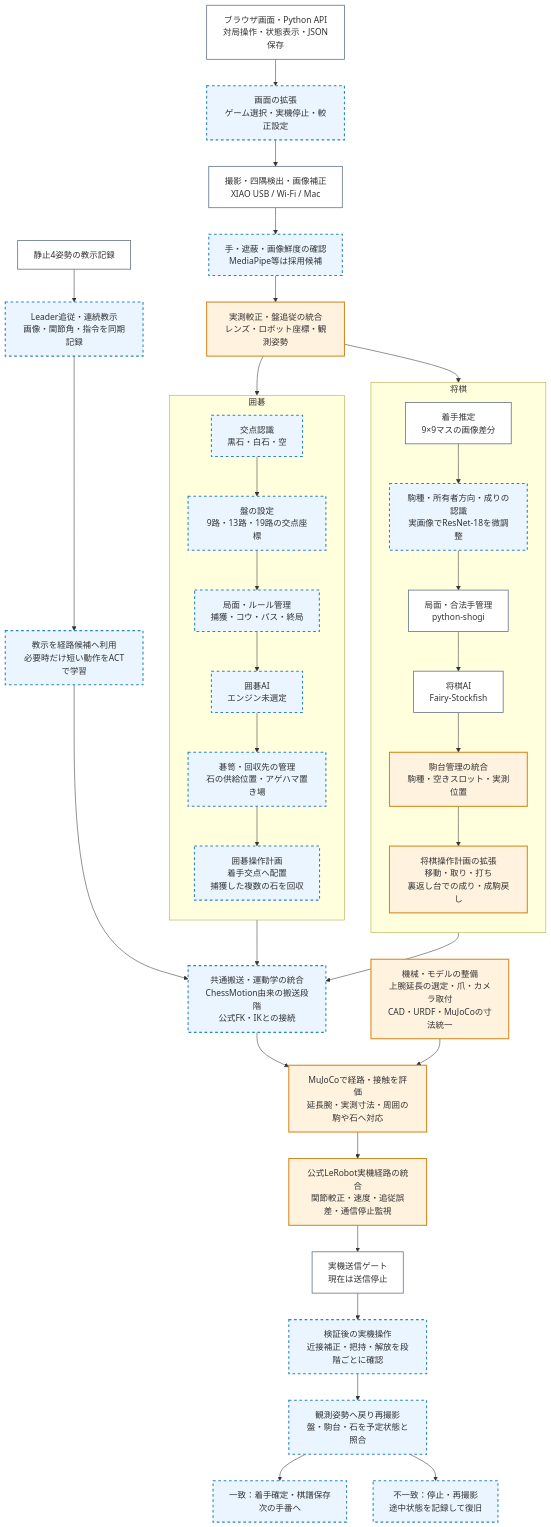
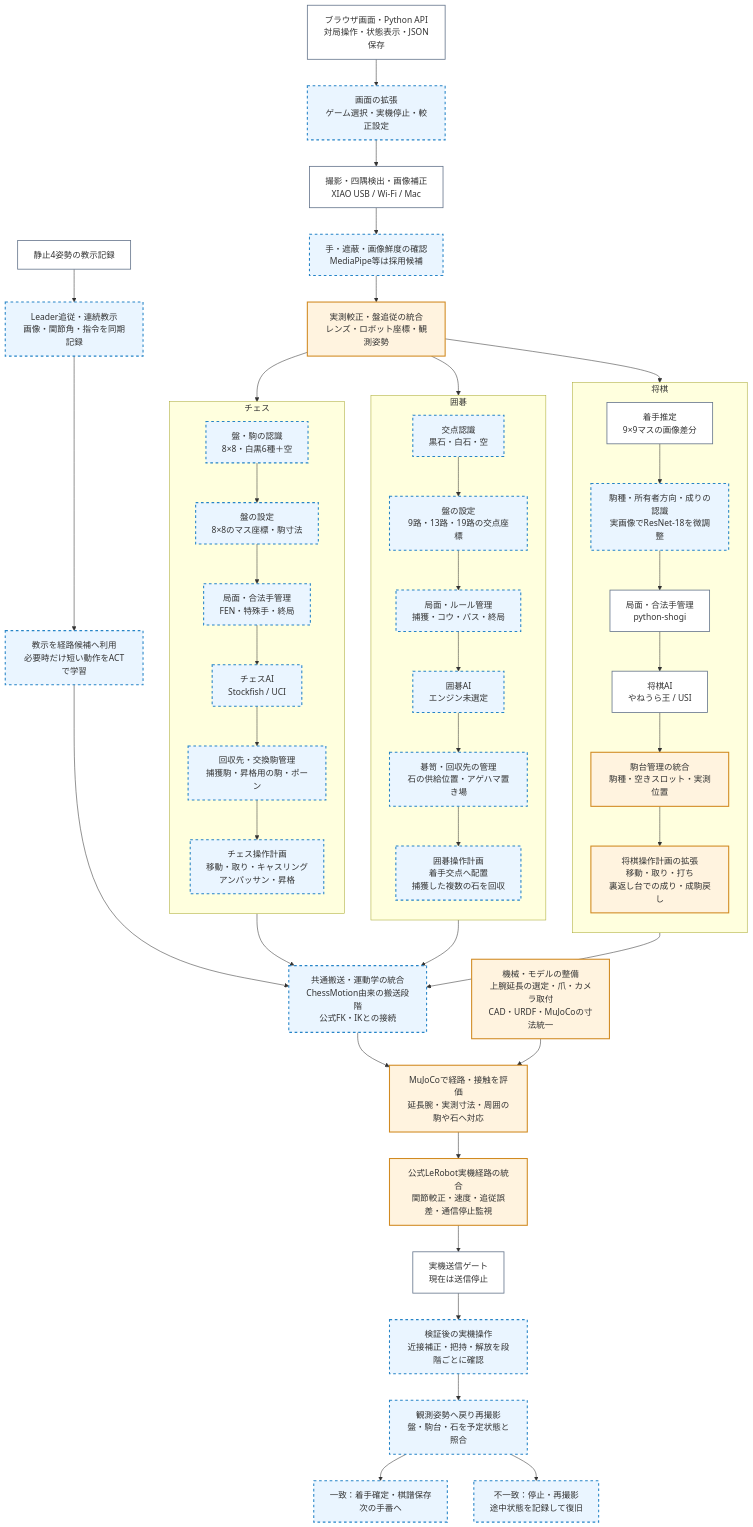
Before and after one commit to ichirooo6755/so101_syogi: the second of 2 diagrams in shogi/docs/shogi-implementation-plan.md, drawn with Mermaid. The commit also changed other lines of this file and 18 other files, not shown here.

```diff
--- a/shogi/docs/shogi-implementation-plan.md
+++ b/shogi/docs/shogi-implementation-plan.md
@@ -236,7 +237,7 @@
         shogi_vision["着手推定<br/>9×9マスの画像差分"]
         shogi_classifier["駒種・所有者方向・成りの認識<br/>実画像でResNet-18を微調整"]
         shogi_rules["局面・合法手管理<br/>python-shogi"]
-        shogi_ai["将棋AI<br/>Fairy-Stockfish"]
+        shogi_ai["将棋AI<br/>やねうら王 / USI"]
         shogi_stand["駒台管理の統合<br/>駒種・空きスロット・実測位置"]
         shogi_plan["将棋操作計画の拡張<br/>移動・取り・打ち<br/>裏返し台での成り・成駒戻し"]
     end
@@ -248,6 +249,15 @@
         go_ai["囲碁AI<br/>エンジン未選定"]
         go_inventory["碁笥・回収先の管理<br/>石の供給位置・アゲハマ置き場"]
         go_plan["囲碁操作計画<br/>着手交点へ配置<br/>捕獲した複数の石を回収"]
+    end
+    subgraph chess["チェス"]
+        direction TB
+        chess_vision["盤・駒の認識<br/>8×8・白黒6種＋空"]
+        chess_geometry["盤の設定<br/>8×8のマス座標・駒寸法"]
+        chess_rules["局面・合法手管理<br/>FEN・特殊手・終局"]
+        chess_ai["チェスAI<br/>Stockfish / UCI"]
+        chess_inventory["回収先・交換駒管理<br/>捕獲駒・昇格用の駒・ポーン"]
+        chess_plan["チェス操作計画<br/>移動・取り・キャスリング<br/>アンパッサン・昇格"]
     end
     ui_backend --> ui_extension
     ui_extension --> camera
@@ -278,12 +288,19 @@
     teaching_snapshots --> continuous_teaching
     continuous_teaching --> skill_learning
     skill_learning --> motion_integration
+    board_tracking --> chess_vision
+    chess_vision --> chess_geometry
+    chess_geometry --> chess_rules
+    chess_rules --> chess_ai
+    chess_ai --> chess_inventory
+    chess_inventory --> chess_plan
+    chess_plan --> motion_integration
     classDef implemented fill:#ffffff,stroke:#64748b,stroke-width:1.5px;
     class ui_backend,camera,shogi_vision,shogi_rules,shogi_ai,live_gate,teaching_snapshots implemented;
     classDef prototype_unintegrated fill:#fff3df,stroke:#d18a21,stroke-width:2px;
     class board_tracking,shogi_stand,shogi_plan,simulation,lerobot_control,hardware_models prototype_unintegrated;
     classDef planned fill:#eaf5ff,stroke:#2684c7,stroke-width:2px,stroke-dasharray:5 5;
-    class ui_extension,image_guard,shogi_classifier,go_vision,go_geometry,go_rules,go_ai,go_inventory,go_plan,motion_integration,execution_monitor,post_action_verify,commit_record,recovery,continuous_teaching,skill_learning planned;
+    class ui_extension,image_guard,shogi_classifier,go_vision,go_geometry,go_rules,go_ai,go_inventory,go_plan,chess_vision,chess_geometry,chess_rules,chess_ai,chess_inventory,chess_plan,motion_integration,execution_monitor,post_action_verify,commit_record,recovery,continuous_teaching,skill_learning planned;
     classDef in_progress fill:#fff8cc,stroke:#b89b18,stroke-width:2px;
     classDef software_verified fill:#e3f6e8,stroke:#33844a,stroke-width:2px;
     classDef hardware_verified fill:#bce8c9,stroke:#146b36,stroke-width:2.5px;
```
